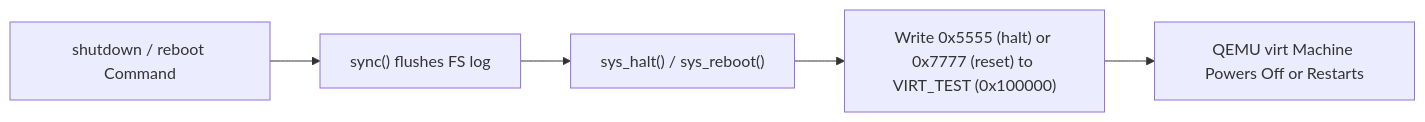
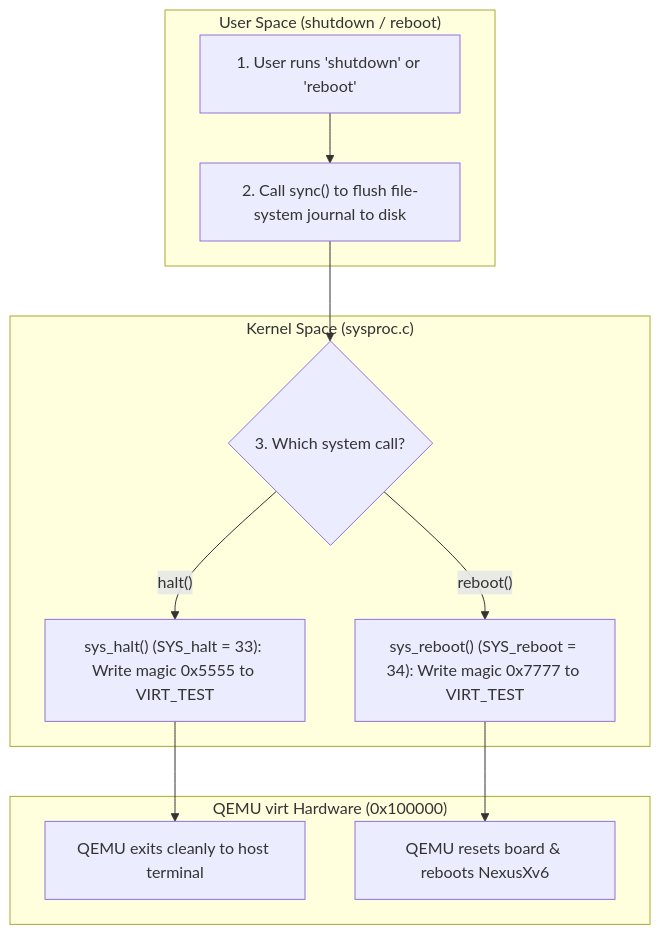
Before and after one commit to asbahkhan67-ctrl/xv6-riscv: diagram 13 of 21 in README.md, drawn with Mermaid. The commit also changed other lines of this file, not shown here.

````diff
--- a/README.md
+++ b/README.md
@@ -463,7 +570,25 @@
 ```mermaid
-flowchart LR
-    SH["shutdown / reboot Command"] --> SY["sync() flushes FS log"]
-    SY --> SC["sys_halt() / sys_reboot()"]
-    SC --> MM["Write 0x5555 (halt) or 0x7777 (reset) to VIRT_TEST (0x100000)"]
-    MM --> QM["QEMU virt Machine Powers Off or Restarts"]
+flowchart TD
+    subgraph User["User Space (shutdown / reboot)"]
+        U1["1. User runs 'shutdown' or 'reboot'"]
+        U2["2. Call sync() to flush file-system journal to disk"]
+        U1 --> U2
+    end
+
+    subgraph Kernel["Kernel Space (sysproc.c)"]
+        K1{"3. Which system call?"}
+        K2["sys_halt() (SYS_halt = 33): Write magic 0x5555 to VIRT_TEST"]
+        K3["sys_reboot() (SYS_reboot = 34): Write magic 0x7777 to VIRT_TEST"]
+        K1 -- "halt()" --> K2
+        K1 -- "reboot()" --> K3
+    end
+
+    subgraph QEMU["QEMU virt Hardware (0x100000)"]
+        Q1["QEMU exits cleanly to host terminal"]
+        Q2["QEMU resets board & reboots NexusXv6"]
+    end
+
+    U2 --> K1
+    K2 --> Q1
+    K3 --> Q2
 ```
````
